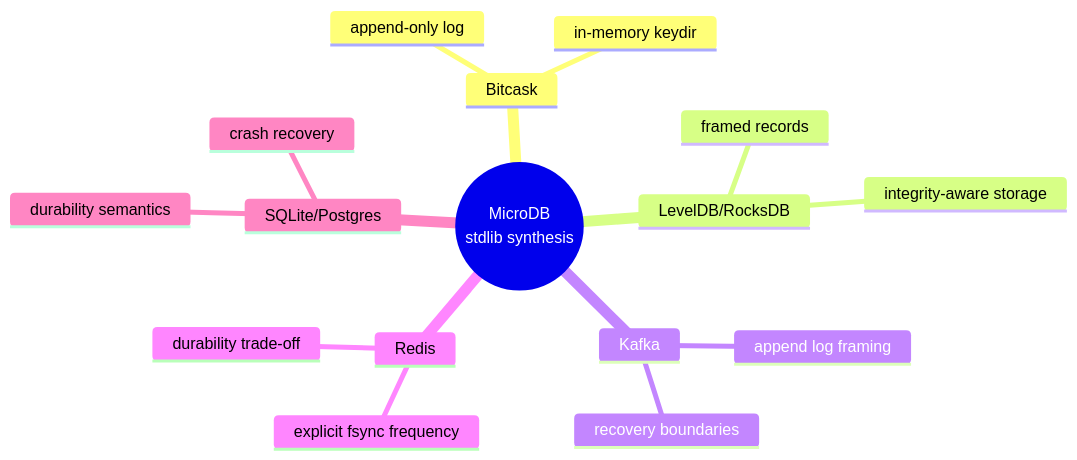
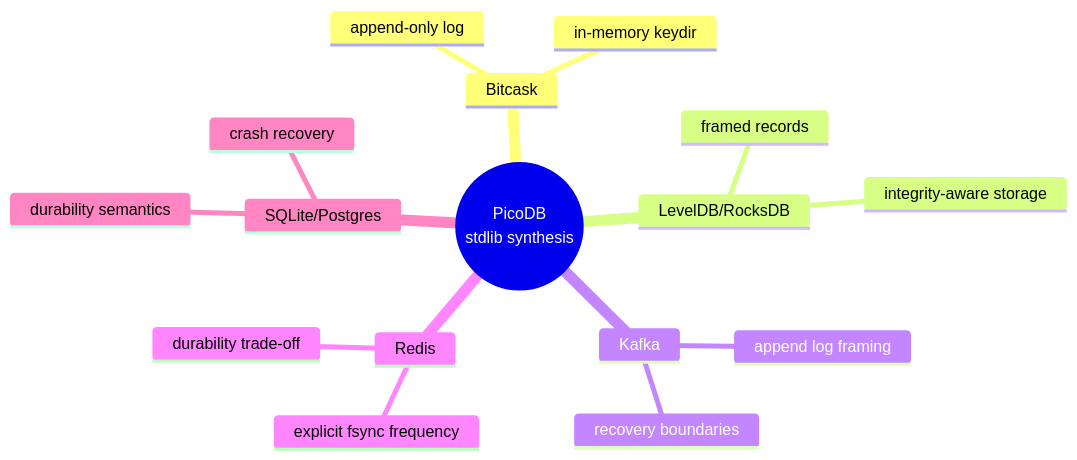
Diagram 12 of 14 in README.md (NexiSynapse/PicoDB), drawn with Mermaid before and after one commit. The commit also changed other lines of this file and 1 other file, not shown here.

````diff
--- a/README.md
+++ b/README.md
@@ -559,19 +564,19 @@
 ```mermaid
 mindmap
-  root((MicroDB<br/>stdlib synthesis))
+  root((PicoDB<br/>stdlib synthesis))
     Bitcask
       append-only log
       in-memory keydir
     LevelDB/RocksDB
       framed records
       integrity-aware storage
     Kafka
       append log framing
       recovery boundaries
     Redis
       explicit fsync frequency
       durability trade-off
     SQLite/Postgres
       crash recovery
       durability semantics
 ```
````
